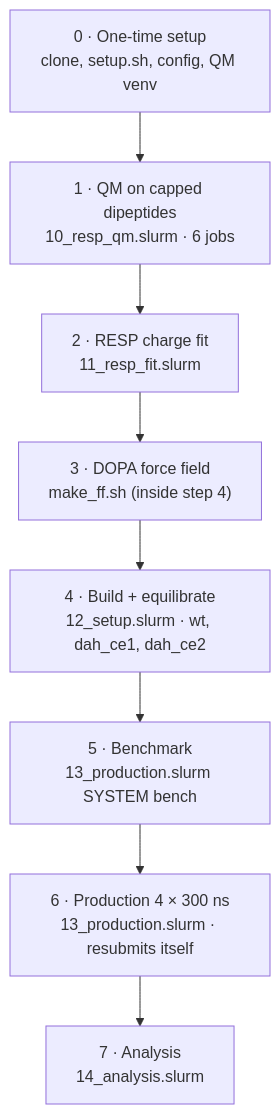
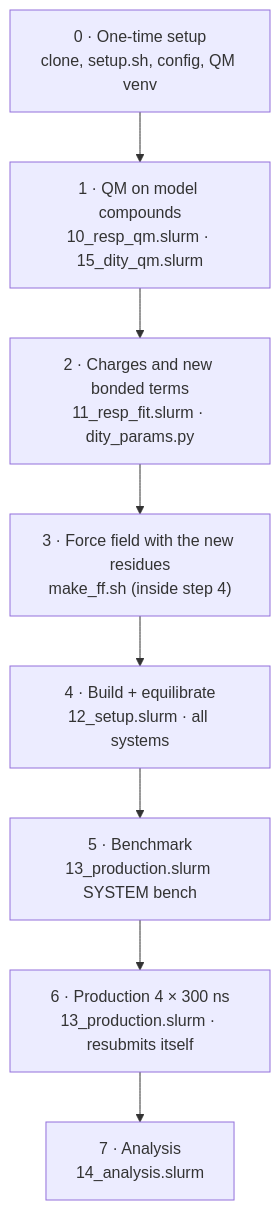
The diagram in dopa/README.md (klimacht/ssi-workflow), drawn with Mermaid before and after one commit. The commit also changed other lines of this file, not shown here.

Commit message:
dopa README: one experiment for all Tyr modifications (pilot phase, systematic phase), shared pipeline, status of the 28.10. snapshot

````diff
--- a/dopa/README.md
+++ b/dopa/README.md
@@ -60,11 +131,11 @@
 ```mermaid
 flowchart TD
   A["0 · One-time setup<br/>clone, setup.sh, config, QM venv"] --> B
-  B["1 · QM on capped dipeptides<br/>10_resp_qm.slurm · 6 jobs"] --> C
-  C["2 · RESP charge fit<br/>11_resp_fit.slurm"] --> D
-  D["3 · DOPA force field<br/>make_ff.sh (inside step 4)"] --> E
-  E["4 · Build + equilibrate<br/>12_setup.slurm · wt, dah_ce1, dah_ce2"] --> F
+  B["1 · QM on model compounds<br/>10_resp_qm.slurm · 15_dity_qm.slurm"] --> C
+  C["2 · Charges and new bonded terms<br/>11_resp_fit.slurm · dity_params.py"] --> D
+  D["3 · Force field with the new residues<br/>make_ff.sh (inside step 4)"] --> E
+  E["4 · Build + equilibrate<br/>12_setup.slurm · all systems"] --> F
   F["5 · Benchmark<br/>13_production.slurm SYSTEM bench"] --> G
   G["6 · Production 4 × 300 ns<br/>13_production.slurm · resubmits itself"] --> H
   H["7 · Analysis<br/>14_analysis.slurm"]
 ```
````
